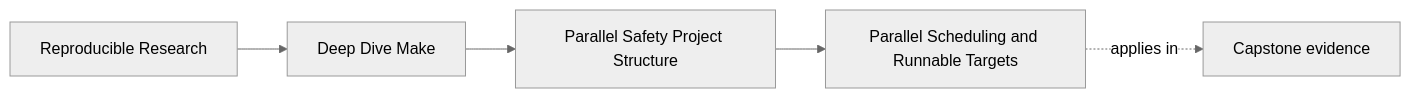
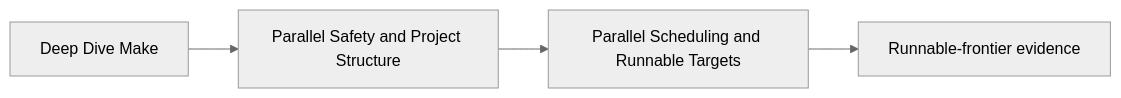
One commit to bijux/bijux-masterclass changed the first of 3 diagrams in programs/reproducible-research/deep-dive-make/course-book/module-02-parallel-safety-project-structure/parallel-scheduling-and-runnable-targets.md. Above: the diagram before and after it, drawn with Mermaid (neutral theme). The commit also changed other lines of this file, not shown here.

Commit message:
docs(make): teach runnable frontier reasoning

````diff
--- a/programs/reproducible-research/deep-dive-make/course-book/module-02-parallel-safety-project-structure/parallel-scheduling-and-runnable-targets.md
+++ b/programs/reproducible-research/deep-dive-make/course-book/module-02-parallel-safety-project-structure/parallel-scheduling-and-runnable-targets.md
@@ -7,11 +9,6 @@
 ```mermaid
 graph LR
-  family["Reproducible Research"]
-  program["Deep Dive Make"]
-  section["Parallel Safety Project Structure"]
-  page["Parallel Scheduling and Runnable Targets"]
-  capstone["Capstone evidence"]
-
-  family --> program --> section --> page
-  page -.applies in.-> capstone
+  course["Deep Dive Make"] --> module["Parallel Safety and Project Structure"]
+  module --> page["Parallel Scheduling and Runnable Targets"]
+  page --> proof["Runnable-frontier evidence"]
 ```
````
